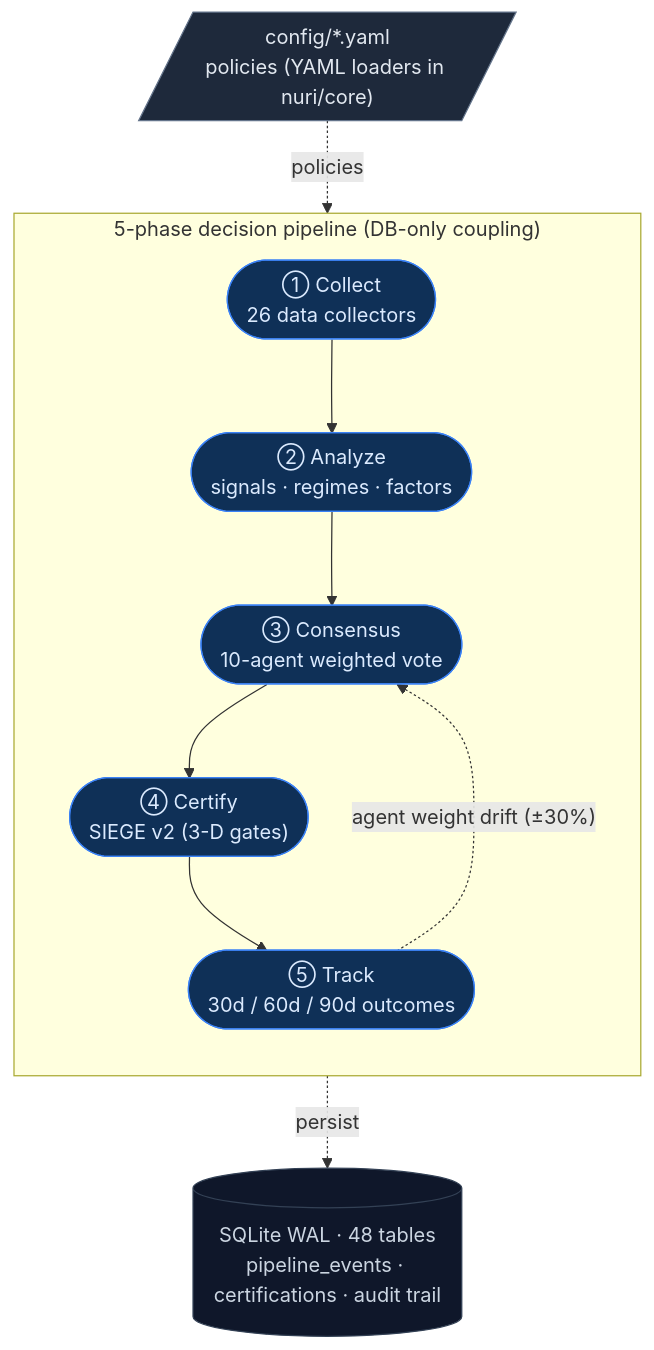
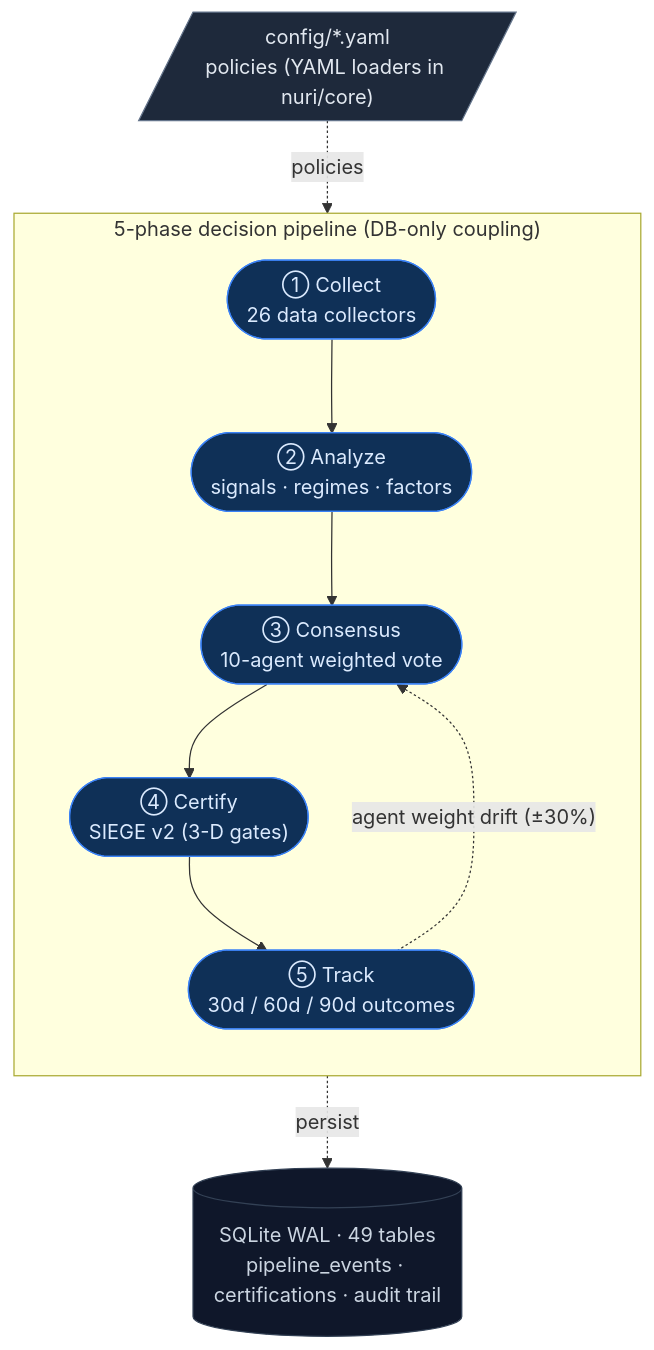
The diagram in README.md (researcherhojin/nuri-quant), drawn with Mermaid before and after one commit. The commit also changed 37 other files, not shown here.

````diff
--- a/README.md
+++ b/README.md
@@ -17,25 +17,25 @@
 ```mermaid
 flowchart TB
     CFG[/"config/*.yaml<br/>policies (YAML loaders in nuri/core)"/]:::source
 
     subgraph Pipeline["5-phase decision pipeline (DB-only coupling)"]
         direction TB
         A(["① Collect<br/>26 data collectors"]):::pipe
         B(["② Analyze<br/>signals · regimes · factors"]):::pipe
         C(["③ Consensus<br/>10-agent weighted vote"]):::pipe
         D(["④ Certify<br/>SIEGE v2 (3-D gates)"]):::pipe
         E(["⑤ Track<br/>30d / 60d / 90d outcomes"]):::pipe
 
         A --> B --> C --> D --> E
         E -. "agent weight drift (±30%)" .-> C
     end
 
-    DB[("SQLite WAL · 48 tables<br/>pipeline_events · certifications · audit trail")]:::sink
+    DB[("SQLite WAL · 49 tables<br/>pipeline_events · certifications · audit trail")]:::sink
 
     CFG -. policies .-> Pipeline
     Pipeline -. persist .-> DB
 
     classDef source fill:#1e293b,stroke:#64748b,color:#e2e8f0
     classDef pipe   fill:#0f3057,stroke:#3b82f6,color:#dbeafe
     classDef sink   fill:#0f172a,stroke:#334155,color:#cbd5e1
 ```
````
